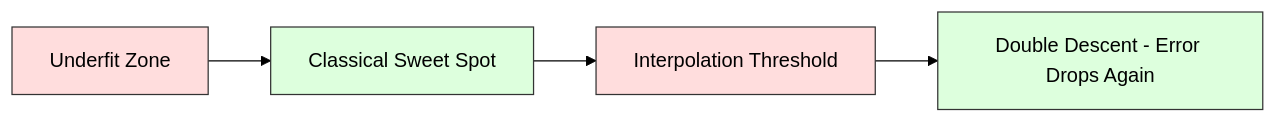
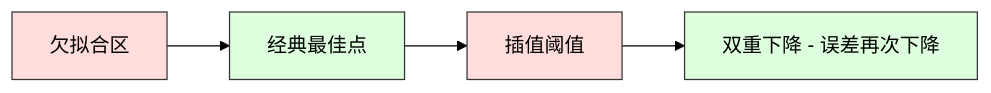
Before and after one commit to guangningsun/ailearning: the second of 5 diagrams in lessons/02-ml-fundamentals/10-bias-variance/docs/zh.md, drawn with Mermaid (forest theme). The commit also changed other lines of this file and 53 other files, not shown here.

````diff
--- a/lessons/02-ml-fundamentals/10-bias-variance/docs/zh.md
+++ b/lessons/02-ml-fundamentals/10-bias-variance/docs/zh.md
@@ -110,11 +110,11 @@
 ```mermaid
 graph LR
-    A[Underfit Zone] --> B[Classical Sweet Spot]
-    B --> C[Interpolation Threshold]
-    C --> D[Double Descent - Error Drops Again]
+    A[欠拟合区] --> B[经典最佳点]
+    B --> C[插值阈值]
+    C --> D[双重下降 - 误差再次下降]
 
     style A fill:#fdd,stroke:#333
     style B fill:#dfd,stroke:#333
     style C fill:#fdd,stroke:#333
     style D fill:#dfd,stroke:#333
 ```
````
